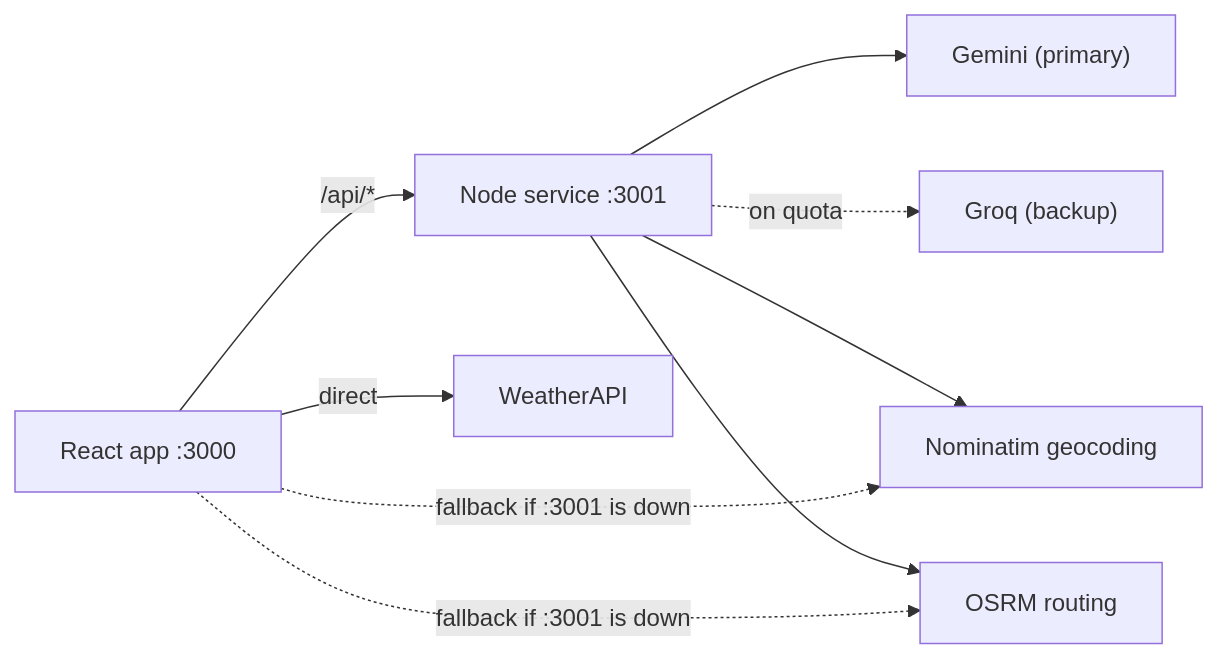
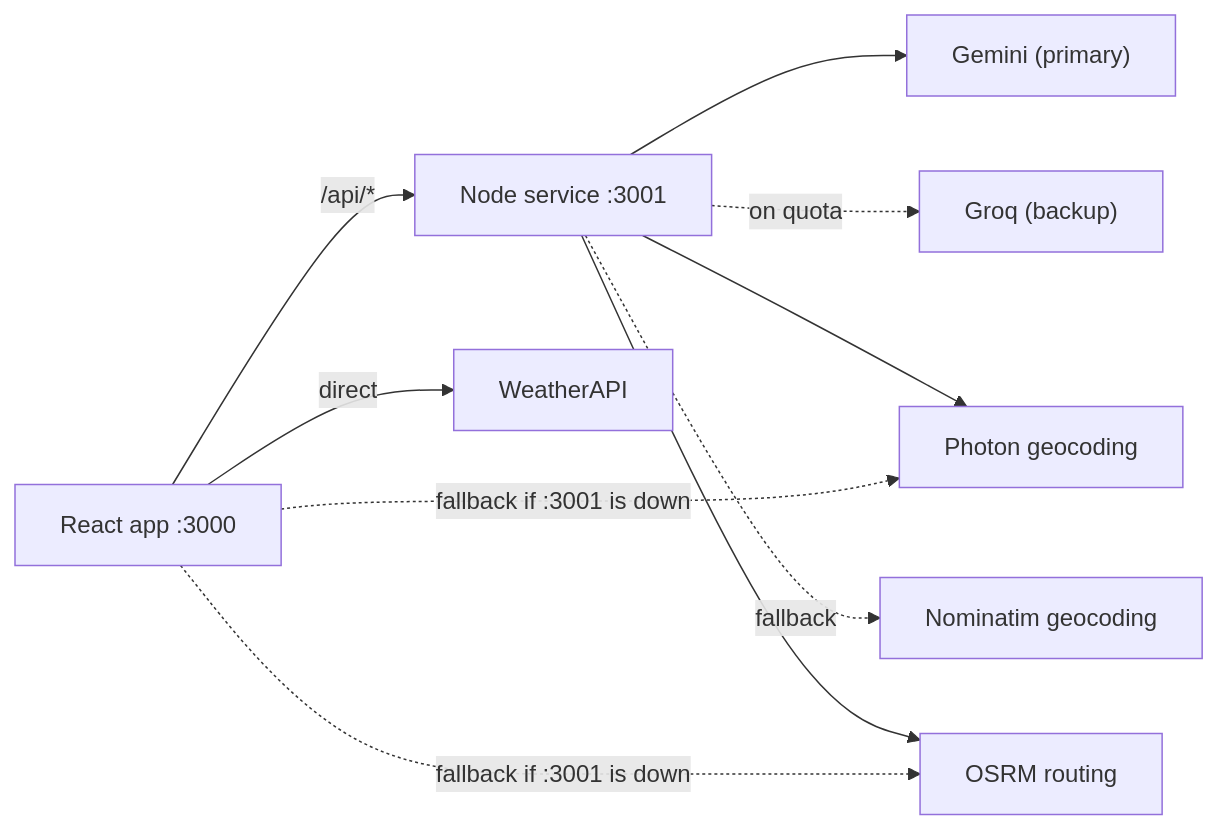
The diagram in README.md (albertleooonardi/aether), drawn with Mermaid before and after one commit. The commit also changed other lines of this file and 8 other files, not shown here.

````diff
--- a/README.md
+++ b/README.md
@@ -51,13 +51,14 @@
 ```mermaid
 flowchart LR
     UI["React app :3000"] -->|/api/*| API["Node service :3001"]
     UI -->|direct| WAPI["WeatherAPI"]
 
     API --> GEM["Gemini (primary)"]
     API -.->|on quota| GROQ["Groq (backup)"]
-    API --> NOM["Nominatim geocoding"]
+    API --> PHO["Photon geocoding"]
+    API -.->|fallback| NOM["Nominatim geocoding"]
     API --> OSRM["OSRM routing"]
 
-    UI -.->|"fallback if :3001 is down"| NOM
+    UI -.->|"fallback if :3001 is down"| PHO
     UI -.->|"fallback if :3001 is down"| OSRM
 ```
````
